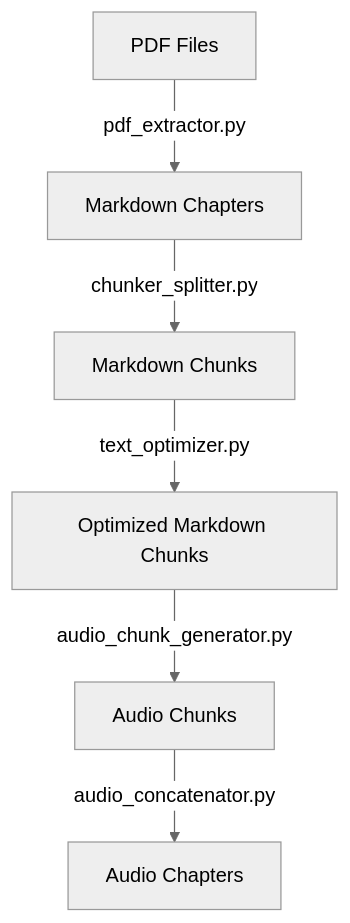
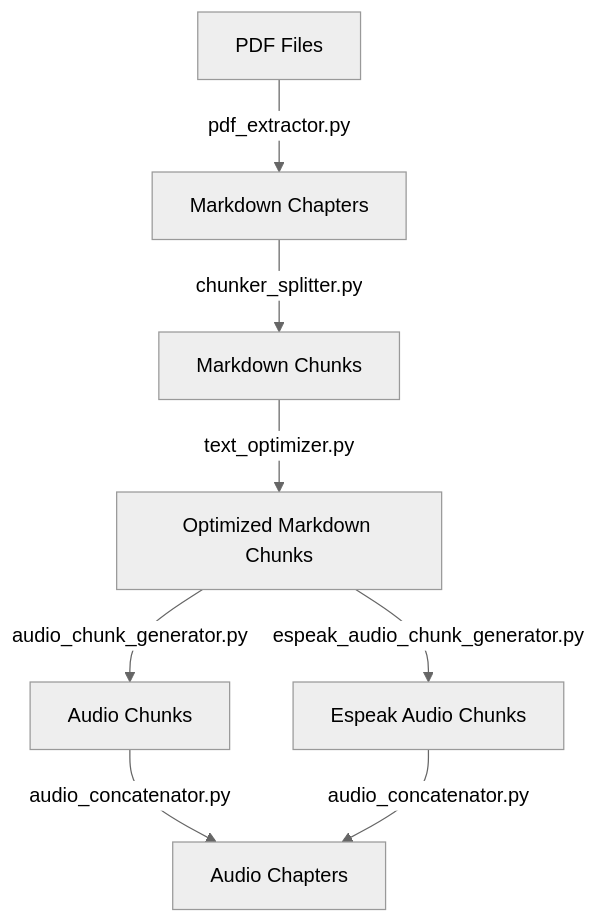
The diagram in README.md (sparesparrow/human-action), drawn with Mermaid (neutral theme) before and after one commit. The commit also changed other lines of this file and 6 other files, not shown here.

Commit message:
Implement espeak-ng audio generation and update README for new features. Add generate_espeak_audio.py script, espeak_progress.json for tracking, and modify audio_concatenator.py for compatibility with espeak audio files. Update README with usage instructions and system requirements.

````diff
--- a/README.md
+++ b/README.md
@@ -54,8 +63,10 @@
 ```mermaid
 graph TD
     A[PDF Files] -->|pdf_extractor.py| B[Markdown Chapters]
     B -->|chunker_splitter.py| C[Markdown Chunks]
     C -->|text_optimizer.py| D[Optimized Markdown Chunks]
     D -->|audio_chunk_generator.py| E[Audio Chunks]
+    D -->|espeak_audio_chunk_generator.py| E2[Espeak Audio Chunks]
     E -->|audio_concatenator.py| F[Audio Chapters]
+    E2 -->|audio_concatenator.py| F
 ```
````
